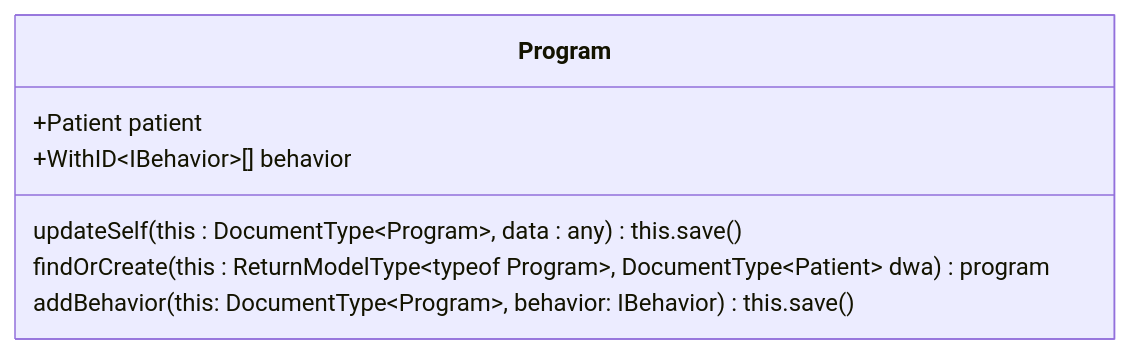
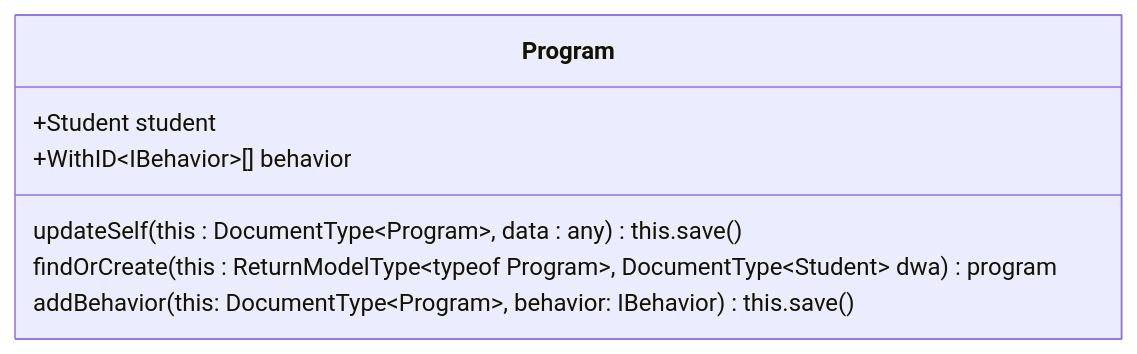
One commit to UTDallasEPICS/ATC-Patient-Data changed the fourth of 7 diagrams in Documentation/Model Schemas.md. Above: the diagram before and after it, drawn with Mermaid. The commit also changed other lines of this file and 9 other files, not shown here.

````diff
--- a/Documentation/Model Schemas.md
+++ b/Documentation/Model Schemas.md
@@ -67,11 +67,11 @@
 ```mermaid
 classDiagram
     class Program {
-        +Patient patient
+        +Student student
         +WithID~IBehavior~[] behavior
 
         updateSelf(this : DocumentType~Program~, data : any) : this.save()
-        findOrCreate(this : ReturnModelType~typeof Program~, DocumentType~Patient~ dwa) program
+        findOrCreate(this : ReturnModelType~typeof Program~, DocumentType~Student~ dwa) program
         addBehavior(this: DocumentType~Program~, behavior: IBehavior) : this.save()
     }
 ```
````
